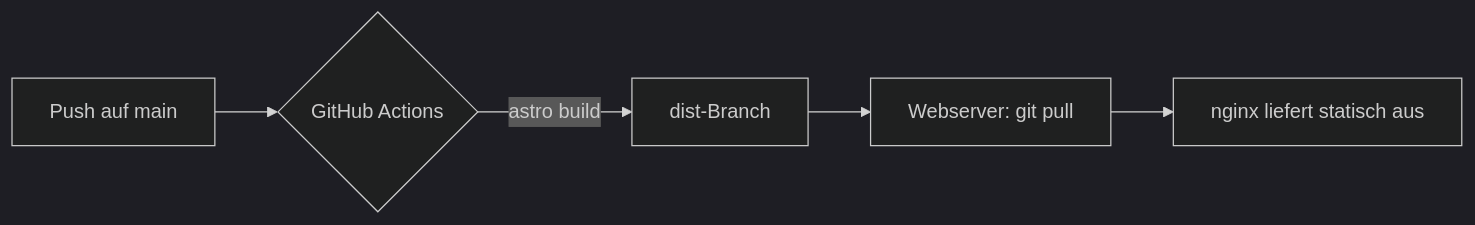
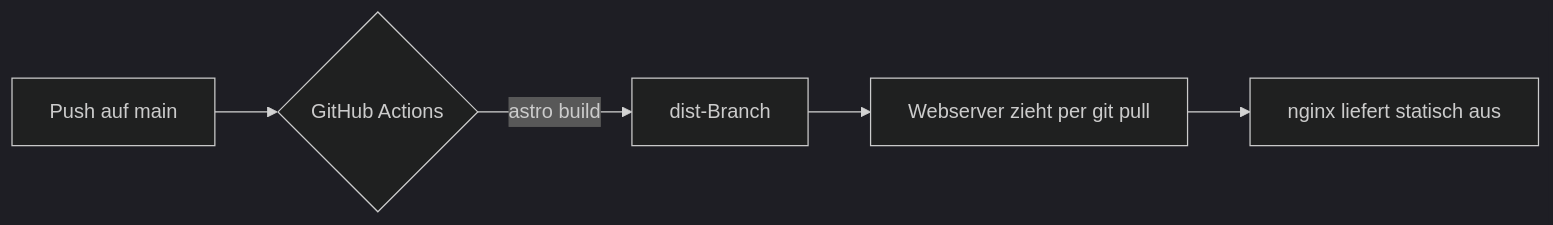
Before and after one commit to eskopp/AstroBlog: the first of 2 diagrams in src/content/blog/mermaid-test/de.md, drawn with Mermaid (dark theme). The commit also changed 6 other files, not shown here.

Commit message:
Long-form 'how this blog works' post (DE+EN), fix Mermaid flowchart syntax (quote labels), light mode default (theme v0.2.23)

````diff
--- a/src/content/blog/mermaid-test/de.md
+++ b/src/content/blog/mermaid-test/de.md
@@ -15,7 +15,7 @@
 ```mermaid
 flowchart LR
-    A[Push auf main] --> B{GitHub Actions}
-    B -->|astro build| C[dist-Branch]
-    C --> D[Webserver: git pull]
-    D --> E[nginx liefert statisch aus]
+    A["Push auf main"] --> B{"GitHub Actions"}
+    B -->|"astro build"| C["dist-Branch"]
+    C --> D["Webserver zieht per git pull"]
+    D --> E["nginx liefert statisch aus"]
 ```
````
